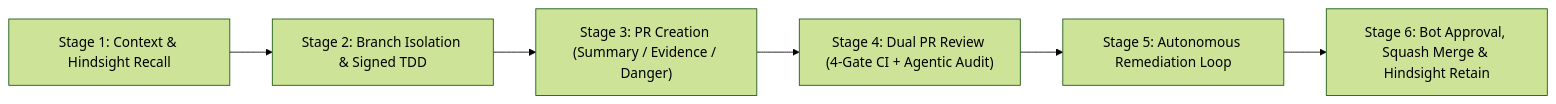
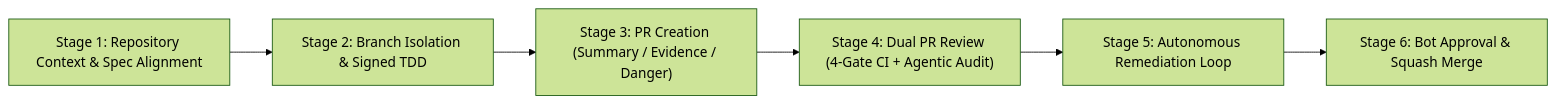
One commit to TinkeringDao/satori changed the diagram in docs/agents/autonomous-pipeline.md. Above: the diagram before and after it, drawn with Mermaid (forest theme). The commit also changed other lines of this file and 2 other files, not shown here.

````diff
--- a/docs/agents/autonomous-pipeline.md
+++ b/docs/agents/autonomous-pipeline.md
@@ -5,8 +5,8 @@
 ```mermaid
 flowchart LR
-    S1["Stage 1: Context & Hindsight Recall"] --> S2["Stage 2: Branch Isolation & Signed TDD"]
+    S1["Stage 1: Repository Context & Spec Alignment"] --> S2["Stage 2: Branch Isolation & Signed TDD"]
     S2 --> S3["Stage 3: PR Creation (Summary / Evidence / Danger)"]
     S3 --> S4["Stage 4: Dual PR Review (4-Gate CI + Agentic Audit)"]
     S4 --> S5["Stage 5: Autonomous Remediation Loop"]
-    S5 --> S6["Stage 6: Bot Approval, Squash Merge & Hindsight Retain"]
+    S5 --> S6["Stage 6: Bot Approval & Squash Merge"]
 ```
````
